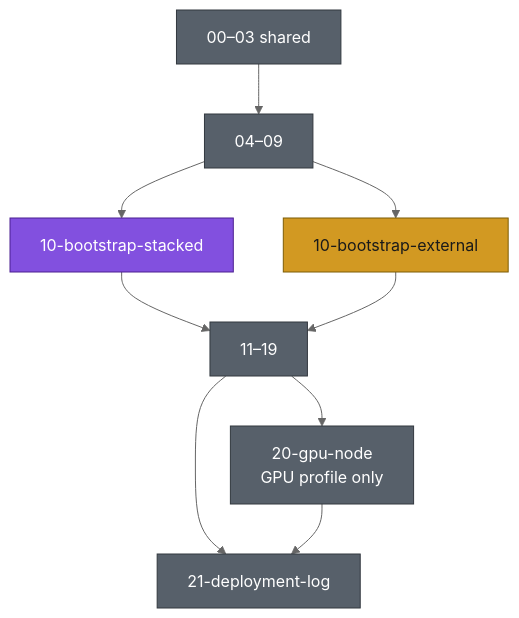
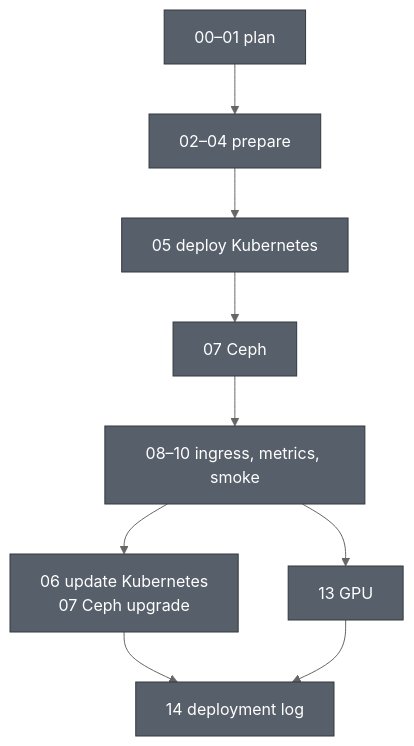
The diagram in README.md (bahman-farhadian/kubernetes-lab), drawn with Mermaid (neutral theme) before and after one commit. The commit also changed other lines of this file and 26 other files, not shown here.

````diff
--- a/README.md
+++ b/README.md
@@ -26,16 +31,14 @@
 ```mermaid
 flowchart TD
-    Root["00–03 shared"]:::common
-    Root --> P04["04–09"]:::common
-    P04 --> S10["10-bootstrap-stacked"]:::scenarioA
-    P04 --> E10["10-bootstrap-external"]:::scenarioB
-    S10 --> Rest["11–19"]:::common
-    E10 --> Rest
-    Rest --> GPU["20-gpu-node\nGPU profile only"]:::common
-    Rest --> Log["21-deployment-log"]:::common
+    Plan["00–01 plan"]:::common
+    Plan --> Prep["02–04 prepare"]:::common
+    Prep --> K8s["05 deploy Kubernetes"]:::common
+    K8s --> Ceph["07 Ceph"]:::common
+    Ceph --> Rest["08–10 ingress, metrics, smoke"]:::common
+    Rest --> Up["06 update Kubernetes\n07 Ceph upgrade"]:::common
+    Rest --> GPU["13 GPU"]:::common
+    Up --> Log["14 deployment log"]:::common
     GPU --> Log
 
     classDef common fill:#57606a,stroke:#32383f,color:#ffffff
-    classDef scenarioA fill:#8250df,stroke:#4b1f91,color:#ffffff
-    classDef scenarioB fill:#d29922,stroke:#7d5c05,color:#1a1a1a
 ```
````
